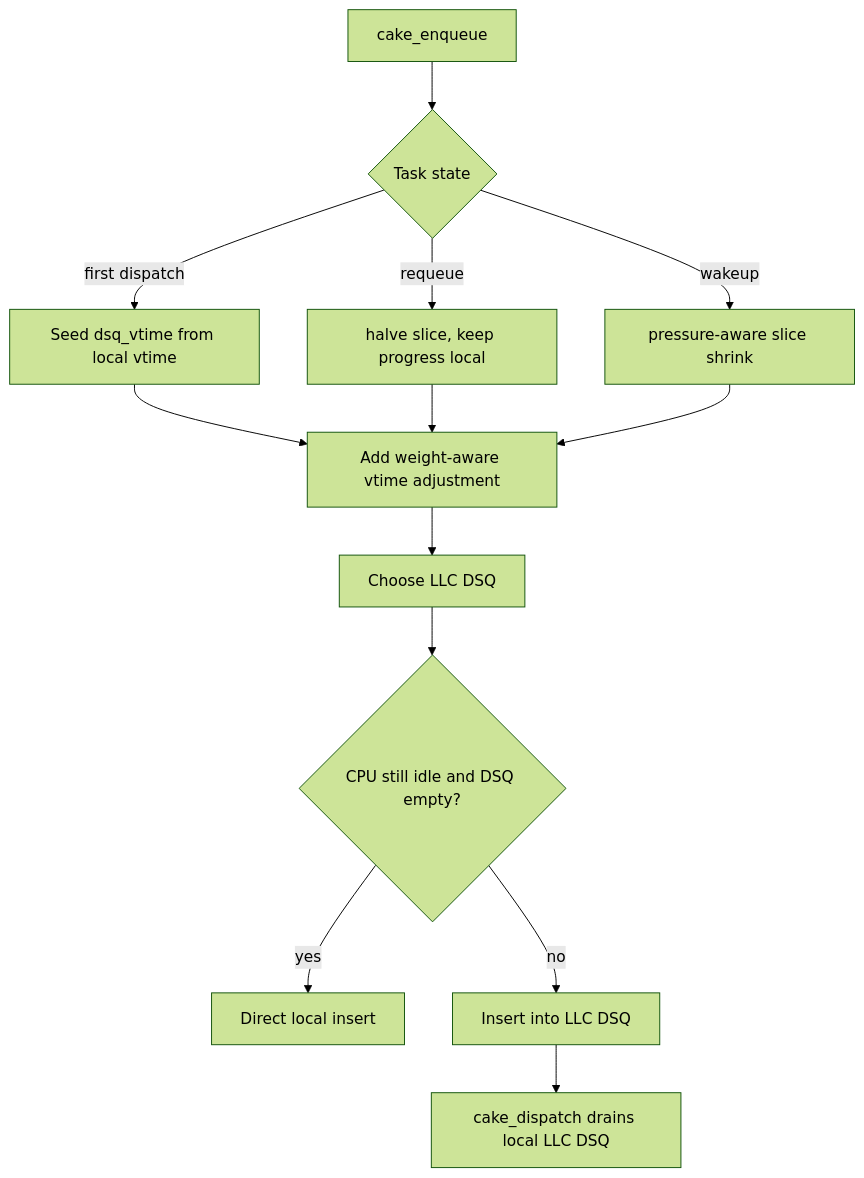
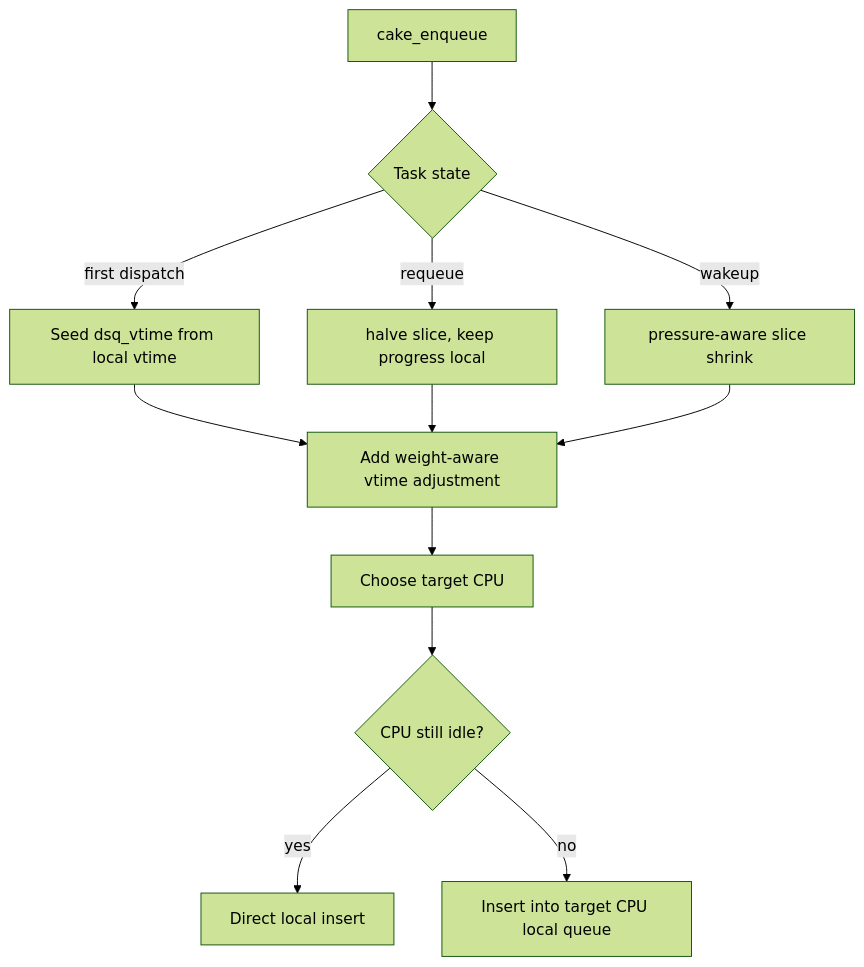
The third of 5 diagrams in scheds/rust/scx_cake/README.md (RitzDaCat/scx), drawn with Mermaid (forest theme) before and after one commit. The commit also changed other lines of this file and 5 other files, not shown here.

Commit message:
scx_cake: switch to per-cpu local-first scheduling

````diff
--- a/scheds/rust/scx_cake/README.md
+++ b/scheds/rust/scx_cake/README.md
@@ -174,17 +296,16 @@
 ```mermaid
 flowchart TD
     ENQ[cake_enqueue] --> KIND{Task state}
     KIND -->|first dispatch| NOSTAGED[Seed dsq_vtime from local vtime]
     KIND -->|requeue| REQUEUE[halve slice, keep progress local]
     KIND -->|wakeup| WAKE[pressure-aware slice shrink]
 
     NOSTAGED --> VT[Add weight-aware vtime adjustment]
     REQUEUE --> VT
     WAKE --> VT
 
-    VT --> ROUTE[Choose LLC DSQ]
-    ROUTE --> INS{CPU still idle and DSQ empty?}
+    VT --> ROUTE[Choose target CPU]
+    ROUTE --> INS{CPU still idle?}
     INS -->|yes| DIRECT[Direct local insert]
-    INS -->|no| DSQ[Insert into LLC DSQ]
-    DSQ --> DISP[cake_dispatch drains local LLC DSQ]
+    INS -->|no| LOCALQ[Insert into target CPU local queue]
 ```
````
